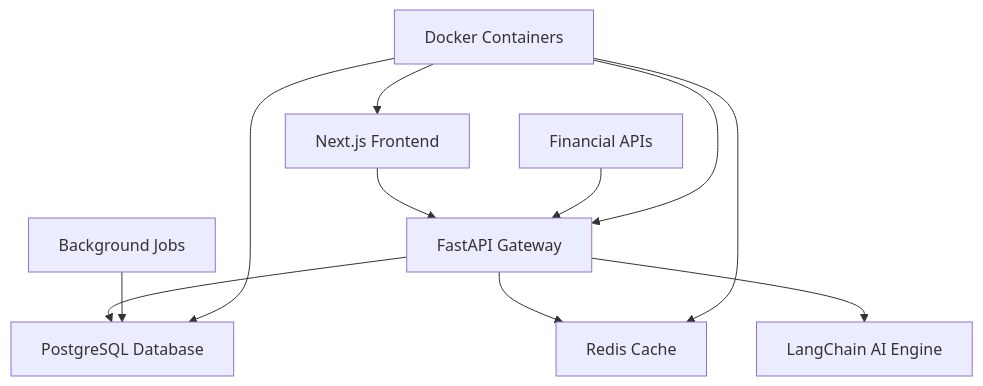
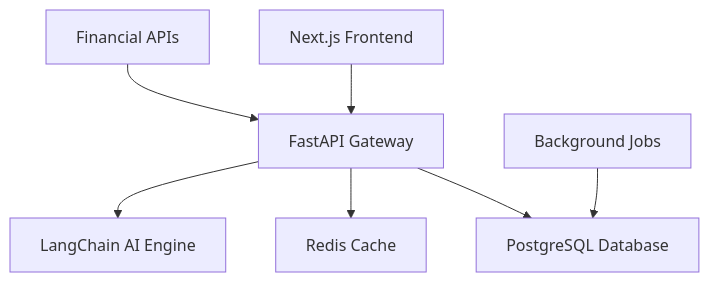
One commit to Mi-Lan/FinAnalyzer changed the diagram in README.md. Above: the diagram before and after it, drawn with Mermaid. The commit also changed other lines of this file, not shown here.

````diff
--- a/README.md
+++ b/README.md
@@ -71,13 +61,9 @@
 ```mermaid
 graph TB
     A[Next.js Frontend] --> B[FastAPI Gateway]
     B --> C[PostgreSQL Database]
     B --> D[Redis Cache]
     B --> E[LangChain AI Engine]
     F[Financial APIs] --> B
     G[Background Jobs] --> C
-    H[Docker Containers] --> A
-    H --> B
-    H --> C
-    H --> D
 ```
````
